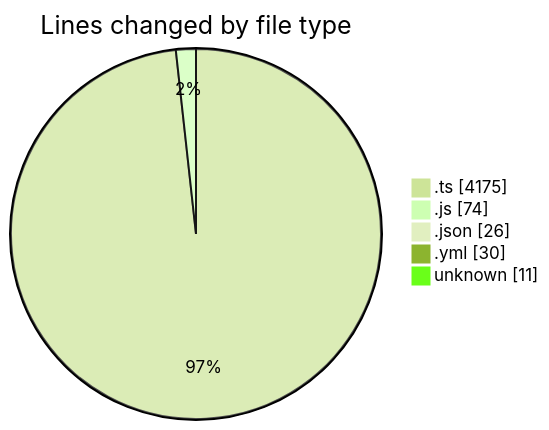
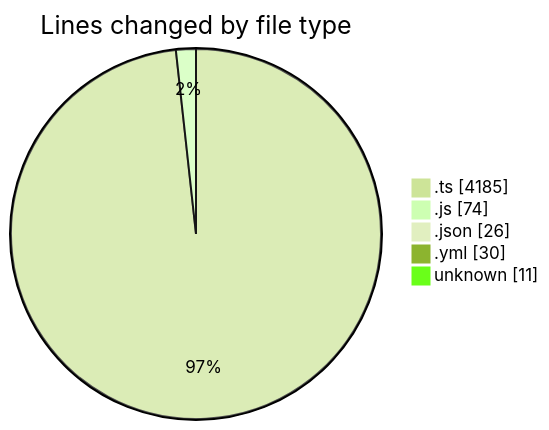
The first of 2 diagrams in 2026-02-07/singularitybrainai/README.md (tmsrecording-cyber/code-tracking), drawn with Mermaid (forest theme) before and after one commit. The commit also changed other lines of this file and 1 other file, not shown here.

````diff
--- a/2026-02-07/singularitybrainai/README.md
+++ b/2026-02-07/singularitybrainai/README.md
@@ -36,9 +36,9 @@
 ```mermaid
 pie showData
 title Lines changed by file type
-".ts" : 4175
+".ts" : 4185
 ".js" : 74
 ".json" : 26
 ".yml" : 30
 "unknown" : 11
 ```
````
